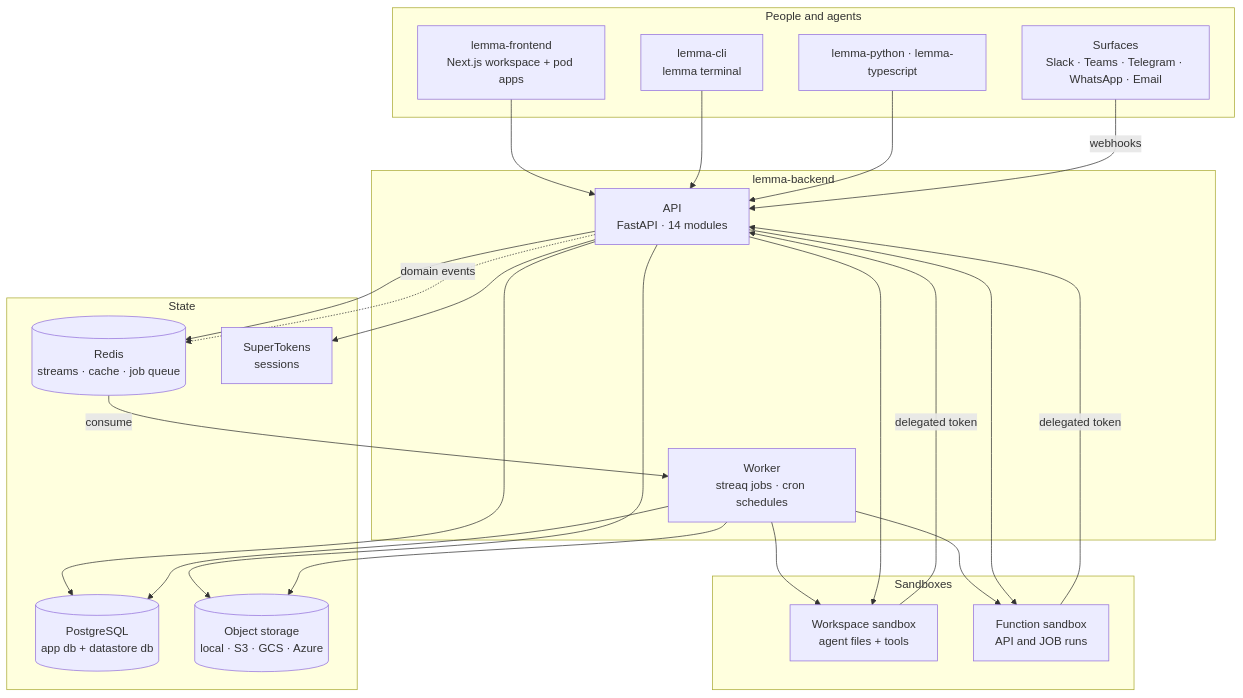
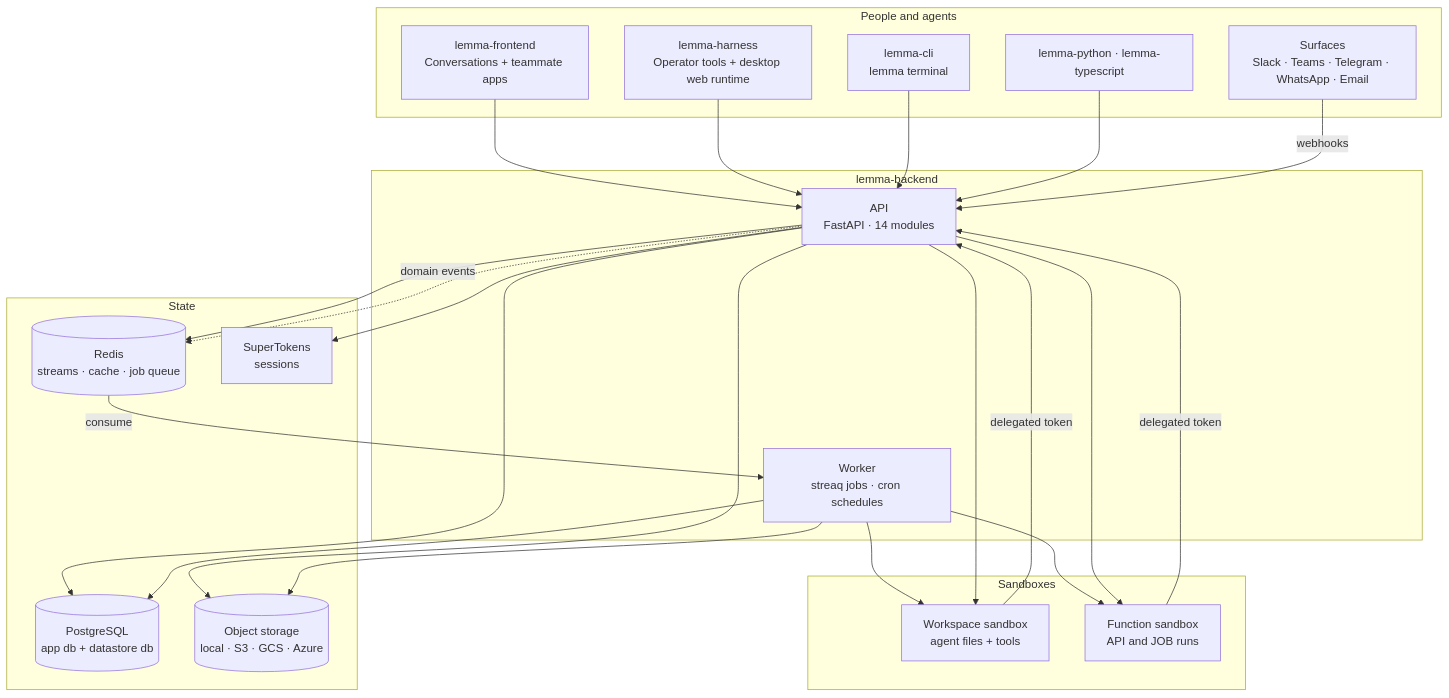
One commit to lemma-work/lemma-platform changed the first of 2 diagrams in ARCHITECTURE.md. Above: the diagram before and after it, drawn with Mermaid. The commit also changed other lines of this file and 1589 other files, not shown here.

Commit message:
Integrate lemma-frontend and rename operator app to lemma-harness

````diff
--- a/ARCHITECTURE.md
+++ b/ARCHITECTURE.md
@@ -33,46 +33,48 @@
 ```mermaid
 flowchart TB
     subgraph clients["People and agents"]
-        WEB["lemma-frontend<br/>Next.js workspace + pod apps"]
+        WEB["lemma-frontend<br/>Conversations + teammate apps"]
+        HARNESS["lemma-harness<br/>Operator tools + desktop web runtime"]
         CLI["lemma-cli<br/>lemma terminal"]
         SURF["Surfaces<br/>Slack · Teams · Telegram · WhatsApp · Email"]
         SDK["lemma-python · lemma-typescript"]
     end
 
     subgraph backend["lemma-backend"]
         API["API<br/>FastAPI · 14 modules"]
         WORKER["Worker<br/>streaq jobs · cron schedules"]
     end
 
     subgraph state["State"]
         PG[("PostgreSQL<br/>app db + datastore db")]
         REDIS[("Redis<br/>streams · cache · job queue")]
         OBJ[("Object storage<br/>local · S3 · GCS · Azure")]
         ST["SuperTokens<br/>sessions"]
     end
 
     subgraph sandbox["Sandboxes"]
         WS["Workspace sandbox<br/>agent files + tools"]
         FN["Function sandbox<br/>API and JOB runs"]
     end
 
     WEB --> API
+    HARNESS --> API
     CLI --> API
     SDK --> API
     SURF -->|webhooks| API
 
     API --> PG
     API --> REDIS
     API --> OBJ
     API --> ST
     API -.->|domain events| REDIS
     REDIS -->|consume| WORKER
     WORKER --> PG
     WORKER --> OBJ
     WORKER --> WS
     WORKER --> FN
     API --> WS
     API --> FN
     WS -->|delegated token| API
     FN -->|delegated token| API
 ```
````
